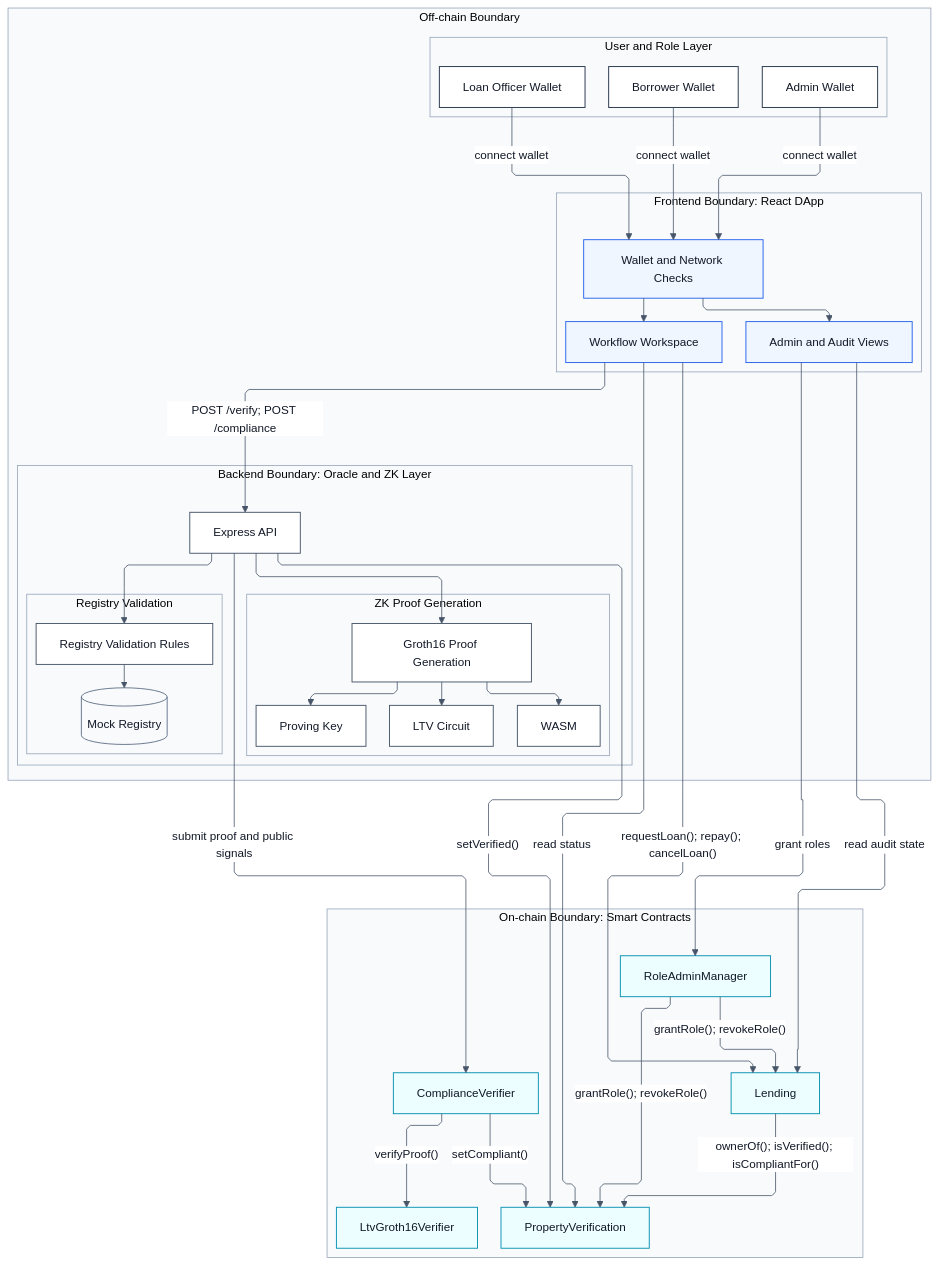
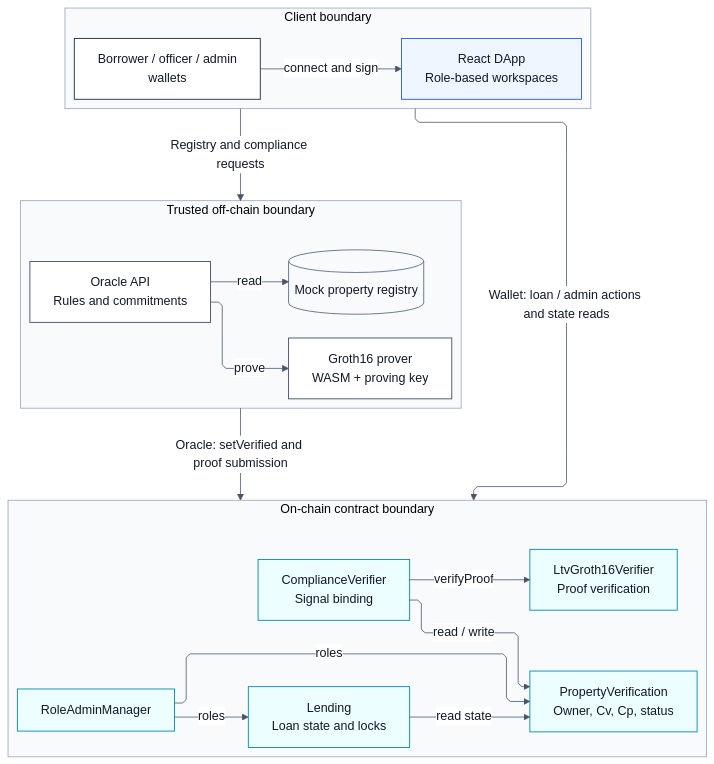
The diagram in docs/figures/01-system-architecture.mmd (Alan42x/proofestate), drawn with Mermaid before and after one commit. The commit also changed 30 other files, not shown here.

```diff
--- a/docs/figures/01-system-architecture.mmd
+++ b/docs/figures/01-system-architecture.mmd
@@ -1,83 +1,46 @@
-%%{init: {"theme": "base", "flowchart": {"defaultRenderer": "elk", "curve": "linear", "nodeSpacing": 54, "rankSpacing": 76, "wrappingWidth": 170, "diagramPadding": 18}, "elk": {"mergeEdges": false, "nodePlacementStrategy": "NETWORK_SIMPLEX", "nodePlacementAlignment": "BALANCED"}, "themeVariables": {"fontFamily": "Arial", "fontSize": "15px", "primaryColor": "#ffffff", "primaryTextColor": "#111827", "primaryBorderColor": "#64748b", "lineColor": "#475569", "clusterBkg": "#f8fafc", "clusterBorder": "#94a3b8", "edgeLabelBackground": "#ffffff"}}}%%
+%%{init: {"theme": "base", "flowchart": {"defaultRenderer": "elk", "curve": "linear", "nodeSpacing": 22, "rankSpacing": 26, "wrappingWidth": 185, "diagramPadding": 18}, "elk": {"mergeEdges": false, "nodePlacementStrategy": "NETWORK_SIMPLEX", "nodePlacementAlignment": "BALANCED"}, "themeVariables": {"fontFamily": "Arial", "fontSize": "16px", "primaryColor": "#ffffff", "primaryTextColor": "#111827", "primaryBorderColor": "#64748b", "lineColor": "#475569", "clusterBkg": "#f8fafc", "clusterBorder": "#94a3b8", "edgeLabelBackground": "#ffffff"}}}%%
 flowchart TB
-  subgraph OffChain["Off-chain Boundary"]
-    direction TB
-
-    subgraph Users["User and Role Layer"]
-      direction LR
-      Borrower["Borrower Wallet"]
-      Officer["Loan Officer Wallet"]
-      Admin["Admin Wallet"]
-    end
-
-    subgraph DApp["Frontend Boundary: React DApp"]
-      direction TB
-      WalletGate["Wallet and Network Checks"]
-      Workspace["Workflow Workspace"]
-      AdminViews["Admin and Audit Views"]
-    end
-
-    subgraph OracleZK["Backend Boundary: Oracle and ZK Layer"]
-      direction TB
-      API["Express API"]
-      subgraph RegistryPath["Registry Validation"]
-        direction TB
-        RegistryRules["Registry Validation Rules"]
-        MockRegistry[("Mock Registry")]
-      end
-      subgraph ProofPath["ZK Proof Generation"]
-        direction TB
-        Prover["Groth16 Proof Generation"]
-        Circuit["LTV Circuit"]
-        Wasm["WASM"]
-        ProvingKey["Proving Key"]
-      end
-    end
+  subgraph Client["Client boundary"]
+    direction LR
+    Wallets["Borrower / officer / admin<br/>wallets"]
+    DApp["React DApp<br/>Role-based workspaces"]
+    Wallets -->|connect and sign| DApp
   end
 
-  subgraph OnChain["On-chain Boundary: Smart Contracts"]
-    direction TB
-    RoleAdminManager["RoleAdminManager"]
-    Lending["Lending"]
-    PropertyVerification["PropertyVerification"]
-    ComplianceVerifier["ComplianceVerifier"]
-    LtvGroth16Verifier["LtvGroth16Verifier"]
+  subgraph OffChain["Trusted off-chain boundary"]
+    direction LR
+    Registry[("Mock property registry")]
+    Oracle["Oracle API<br/>Rules and commitments"]
+    Prover["Groth16 prover<br/>WASM + proving key"]
+    Oracle -->|read| Registry
+    Oracle -->|prove| Prover
   end
 
-  Borrower -->|connect wallet| WalletGate
-  Officer -->|connect wallet| WalletGate
-  Admin -->|connect wallet| WalletGate
-  WalletGate --> Workspace
-  WalletGate --> AdminViews
+  subgraph OnChain["On-chain contract boundary"]
+    direction LR
+    RoleAdminManager["RoleAdminManager"]
+    Lending["Lending<br/>Loan state and locks"]
+    PropertyVerification["PropertyVerification<br/>Owner, Cv, Cp, status"]
+    ComplianceVerifier["ComplianceVerifier<br/>Signal binding"]
+    LtvGroth16Verifier["LtvGroth16Verifier<br/>Proof verification"]
+    Lending -->|read state| PropertyVerification
+    ComplianceVerifier -->|read / write| PropertyVerification
+    ComplianceVerifier -->|verifyProof| LtvGroth16Verifier
+    RoleAdminManager -->|roles| PropertyVerification
+    RoleAdminManager -->|roles| Lending
+  end
 
-  Workspace -->|"POST /verify; POST /compliance"| API
-  Workspace -->|"requestLoan(); repay(); cancelLoan()"| Lending
-  Workspace -->|read status| PropertyVerification
-  AdminViews -->|read audit state| Lending
-  AdminViews -->|grant roles| RoleAdminManager
-
-  API --> RegistryRules
-  RegistryRules --> MockRegistry
-  API --> Prover
-  Prover --> Circuit
-  Prover --> Wasm
-  Prover --> ProvingKey
-
-  API -->|"setVerified()"| PropertyVerification
-  API -->|submit proof and public signals| ComplianceVerifier
-  ComplianceVerifier -->|"verifyProof()"| LtvGroth16Verifier
-  ComplianceVerifier -->|"setCompliant()"| PropertyVerification
-  Lending -->|"ownerOf(); isVerified(); isCompliantFor()"| PropertyVerification
-  RoleAdminManager -->|"grantRole(); revokeRole()"| PropertyVerification
-  RoleAdminManager -->|"grantRole(); revokeRole()"| Lending
+  Client -->|Registry and compliance requests| OffChain
+  Client -->|Wallet: loan / admin actions and state reads| OnChain
+  OffChain -->|Oracle: setVerified and proof submission| OnChain
 
   classDef actor fill:#ffffff,stroke:#334155,stroke-width:1.3px,color:#111827;
   classDef app fill:#eff6ff,stroke:#2563eb,stroke-width:1.2px,color:#111827;
   classDef service fill:#ffffff,stroke:#475569,stroke-width:1.2px,color:#111827;
   classDef data fill:#f8fafc,stroke:#64748b,stroke-width:1.2px,color:#111827;
   classDef contract fill:#ecfeff,stroke:#0891b2,stroke-width:1.2px,color:#111827;
-  class Borrower,Officer,Admin actor;
-  class WalletGate,Workspace,AdminViews app;
-  class API,RegistryRules,Prover,Circuit,Wasm,ProvingKey service;
-  class MockRegistry data;
+  class Wallets actor;
+  class DApp app;
+  class Oracle,Prover service;
+  class Registry data;
   class RoleAdminManager,Lending,PropertyVerification,ComplianceVerifier,LtvGroth16Verifier contract;
```
